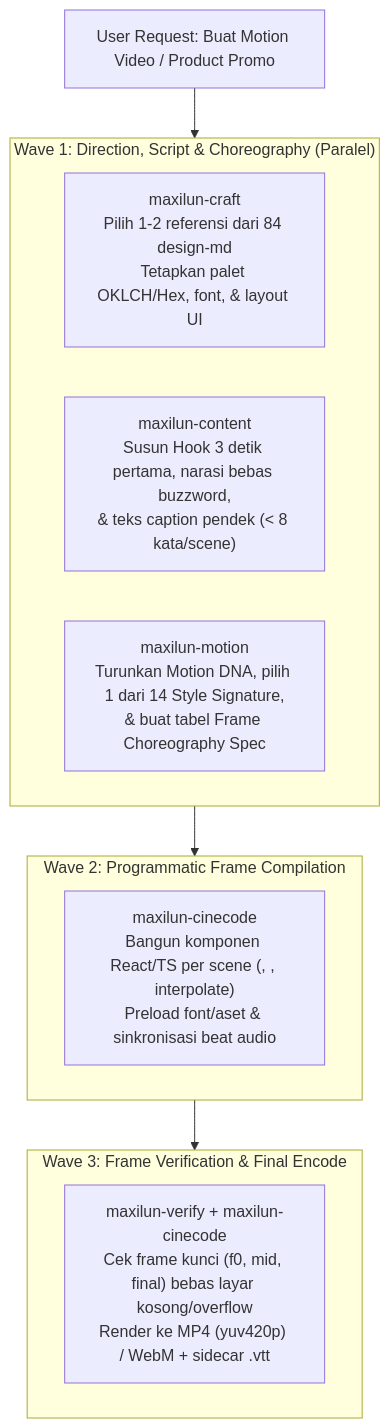
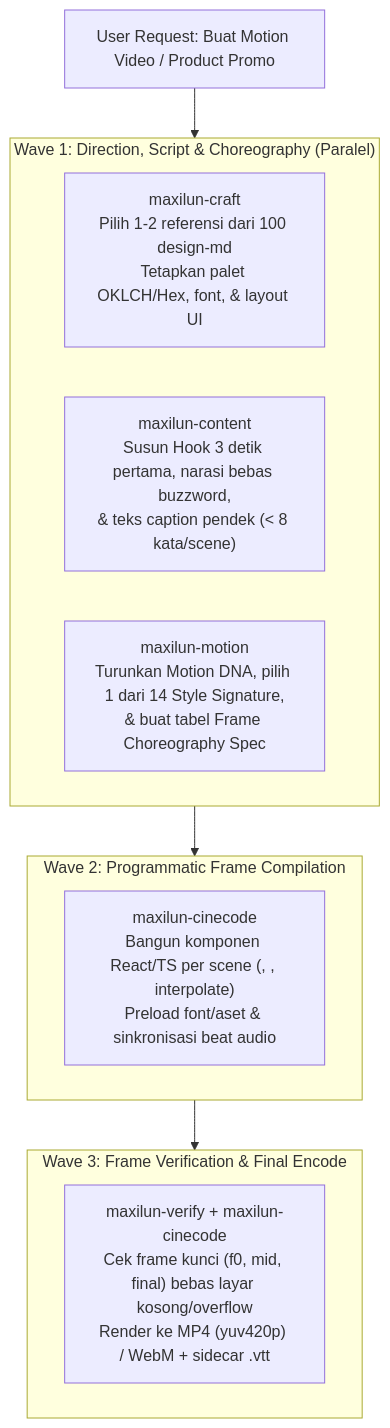
One commit to giriedu/maxilun changed the diagram in skills/maxilun-cinecode/references/video-production-pipeline.md. Above: the diagram before and after it, drawn with Mermaid. The commit also changed 66 other files, not shown here.

````diff
--- a/skills/maxilun-cinecode/references/video-production-pipeline.md
+++ b/skills/maxilun-cinecode/references/video-production-pipeline.md
@@ -11,22 +11,22 @@
 ```mermaid
 flowchart TB
     Brief["User Request: Buat Motion Video / Product Promo"] --> Wave1
     
     subgraph Wave1["Wave 1: Direction, Script & Choreography (Paralel)"]
-        Craft["maxilun-craft\nPilih 1-2 referensi dari 84 design-md\nTetapkan palet OKLCH/Hex, font, & layout UI"]
+        Craft["maxilun-craft\nPilih 1-2 referensi dari 100 design-md\nTetapkan palet OKLCH/Hex, font, & layout UI"]
         Content["maxilun-content\nSusun Hook 3 detik pertama, narasi bebas buzzword,\n& teks caption pendek (< 8 kata/scene)"]
         Motion["maxilun-motion\nTurunkan Motion DNA, pilih 1 dari 14 Style Signature,\n& buat tabel Frame Choreography Spec"]
     end
 
     Wave1 --> Wave2
     
     subgraph Wave2["Wave 2: Programmatic Frame Compilation"]
         Cine["maxilun-cinecode\nBangun komponen React/TS per scene (<Sequence>, <Spring>, interpolate)\nPreload font/aset & sinkronisasi beat audio"]
     end
 
     Wave2 --> Wave3
 
     subgraph Wave3["Wave 3: Frame Verification & Final Encode"]
         Verify["maxilun-verify + maxilun-cinecode\nCek frame kunci (f0, mid, final) bebas layar kosong/overflow\nRender ke MP4 (yuv420p) / WebM + sidecar .vtt"]
     end
 ```
````
